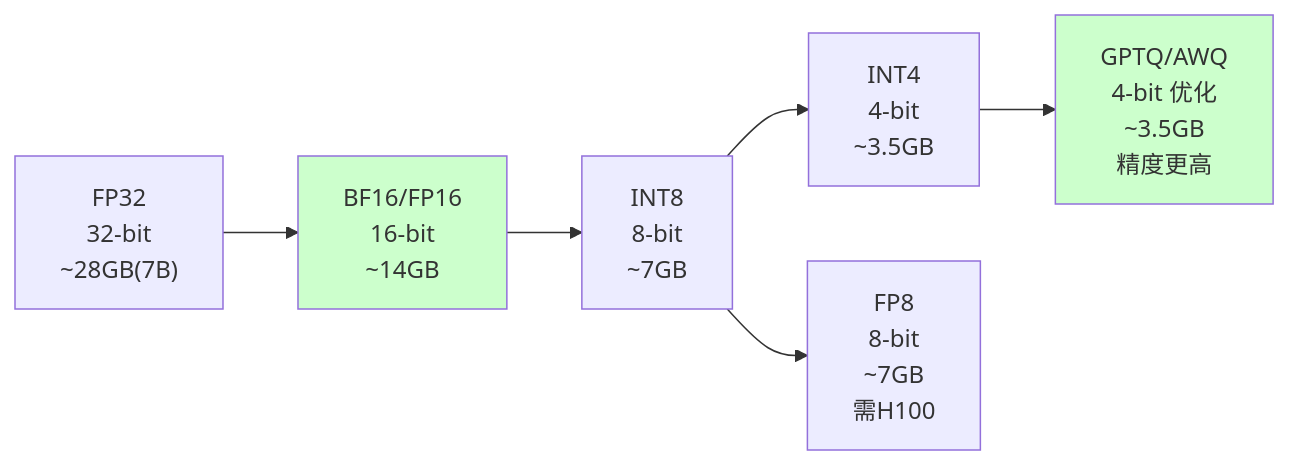
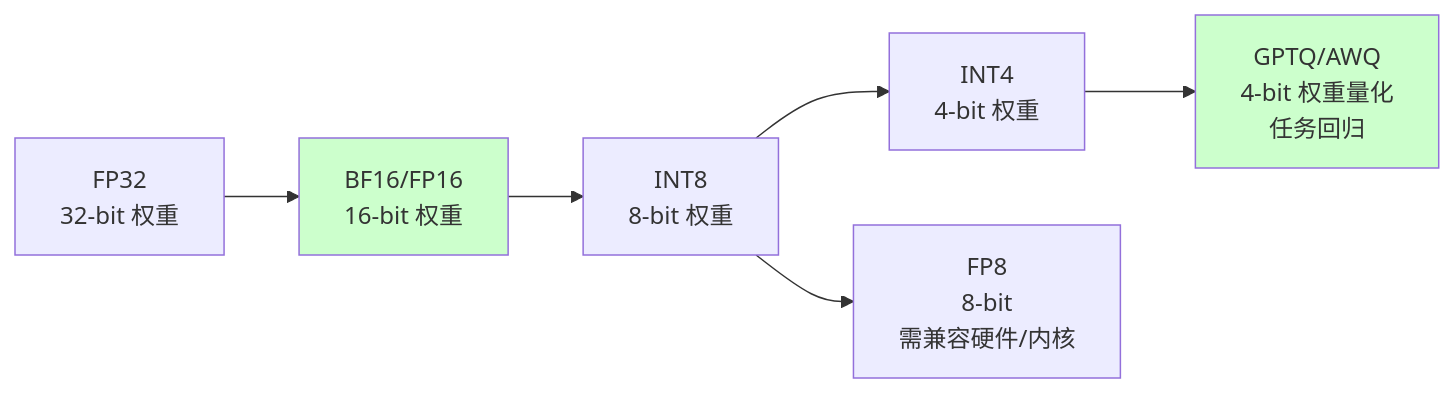
Before and after one commit to BeefWrap4/LLM-Knowledge-Base: diagram 14 of 19 in 16_模型微调与推理优化.md, drawn with Mermaid. The commit also changed other lines of this file and 454 other files, not shown here.

````diff
--- a/16_模型微调与推理优化.md
+++ b/16_模型微调与推理优化.md
@@ -762,11 +767,11 @@
 ```mermaid
 graph LR
-    A["FP32<br/>32-bit<br/>~28GB(7B)"] --> B["BF16/FP16<br/>16-bit<br/>~14GB"]
-    B --> C["INT8<br/>8-bit<br/>~7GB"]
-    C --> D["INT4<br/>4-bit<br/>~3.5GB"]
-    C --> E["FP8<br/>8-bit<br/>~7GB<br/>需H100"]
-    D --> F["GPTQ/AWQ<br/>4-bit 优化<br/>~3.5GB<br/>精度更高"]
+    A["FP32<br/>32-bit 权重"] --> B["BF16/FP16<br/>16-bit 权重"]
+    B --> C["INT8<br/>8-bit 权重"]
+    C --> D["INT4<br/>4-bit 权重"]
+    C --> E["FP8<br/>8-bit<br/>需兼容硬件/内核"]
+    D --> F["GPTQ/AWQ<br/>4-bit 权重量化<br/>任务回归"]
     
     style B fill:#ccffcc
     style F fill:#ccffcc
 ```
````
